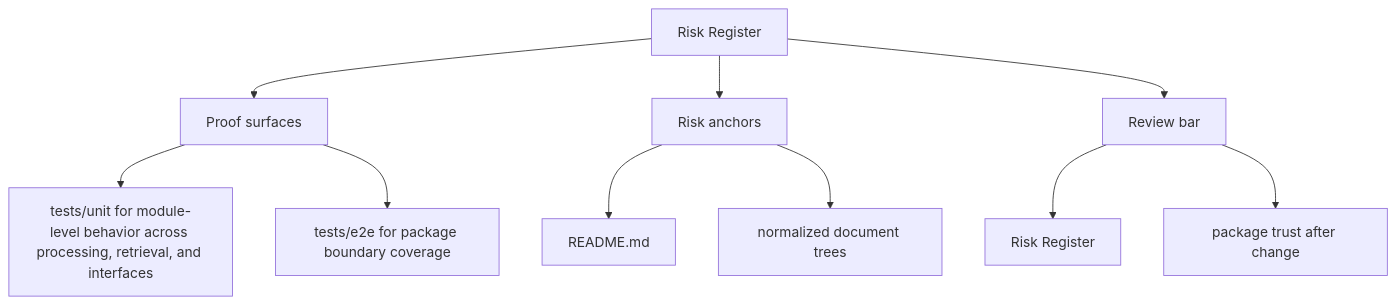
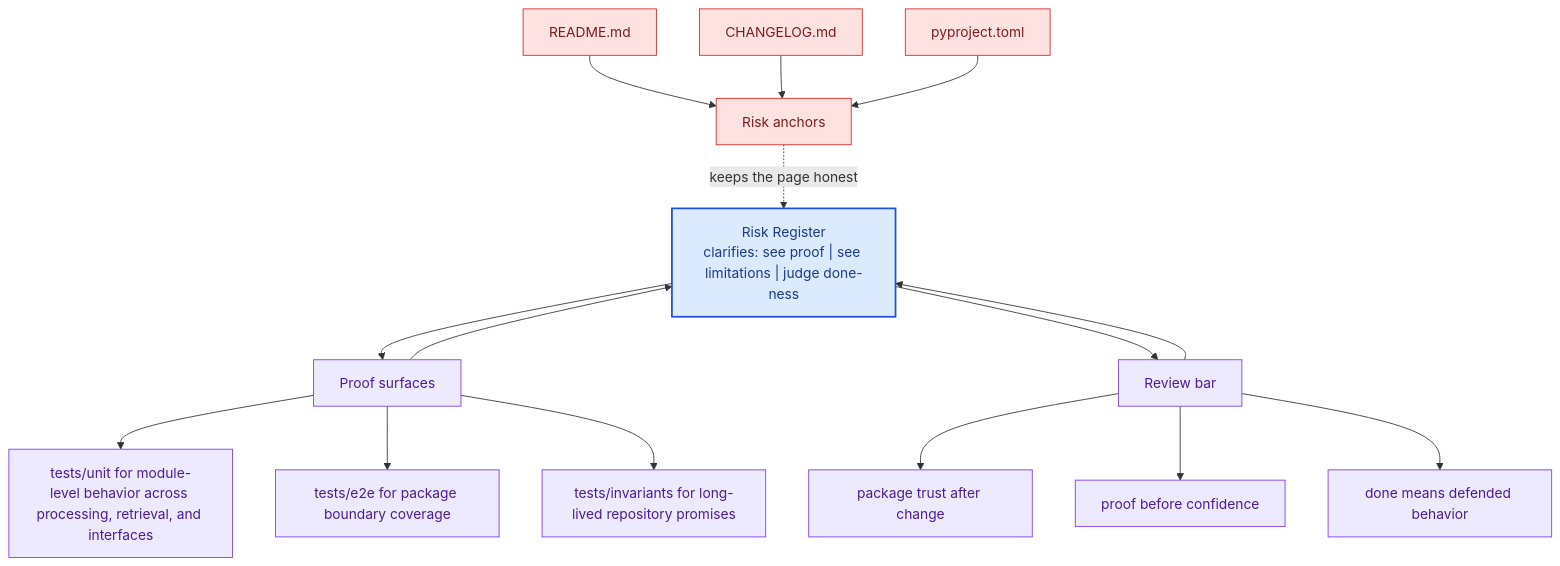
The second of 2 diagrams in docs/bijux-canon-ingest/quality/risk-register.md (bijux/bijux-canon), drawn with Mermaid before and after one commit. The commit also changed other lines of this file and 281 other files, not shown here.

Commit message:
docs(diagrams): deepen handbook mermaid maps across the catalog

````diff
--- a/docs/bijux-canon-ingest/quality/risk-register.md
+++ b/docs/bijux-canon-ingest/quality/risk-register.md
@@ -35,22 +68,41 @@
 ```mermaid
-flowchart TD
-    page["Risk Register"]
+flowchart TB
+    promise["Risk Register<br/>clarifies: see proof | see limitations | judge done-ness"]
+    classDef promise fill:#dbeafe,stroke:#1d4ed8,color:#1e3a8a,stroke-width:2px;
+    classDef driver fill:#dcfce7,stroke:#16a34a,color:#14532d;
+    classDef constraint fill:#fee2e2,stroke:#dc2626,color:#7f1d1d;
+    classDef ground fill:#ede9fe,stroke:#7c3aed,color:#4c1d95;
     focus1["Proof surfaces"]
-    page --> focus1
+    focus1 --> promise
+    promise --> focus1
     focus1_1["tests/unit for module-level behavior across processing, retrieval, and interfaces"]
     focus1 --> focus1_1
     focus1_2["tests/e2e for package boundary coverage"]
     focus1 --> focus1_2
+    focus1_3["tests/invariants for long-lived repository promises"]
+    focus1 --> focus1_3
+    class focus1 ground;
+    class focus1_1,focus1_2,focus1_3 ground;
     focus2["Risk anchors"]
-    page --> focus2
+    focus2 -.keeps the page honest.-> promise
     focus2_1["README.md"]
-    focus2 --> focus2_1
-    focus2_2["normalized document trees"]
-    focus2 --> focus2_2
+    focus2_1 --> focus2
+    focus2_2["CHANGELOG.md"]
+    focus2_2 --> focus2
+    focus2_3["pyproject.toml"]
+    focus2_3 --> focus2
+    class focus2 constraint;
+    class focus2_1,focus2_2,focus2_3 constraint;
     focus3["Review bar"]
-    page --> focus3
-    focus3_1["Risk Register"]
+    focus3 --> promise
+    promise --> focus3
+    focus3_1["package trust after change"]
     focus3 --> focus3_1
-    focus3_2["package trust after change"]
+    focus3_2["proof before confidence"]
     focus3 --> focus3_2
+    focus3_3["done means defended behavior"]
+    focus3 --> focus3_3
+    class focus3 ground;
+    class focus3_1,focus3_2,focus3_3 ground;
+    class promise promise;
 ```
````
